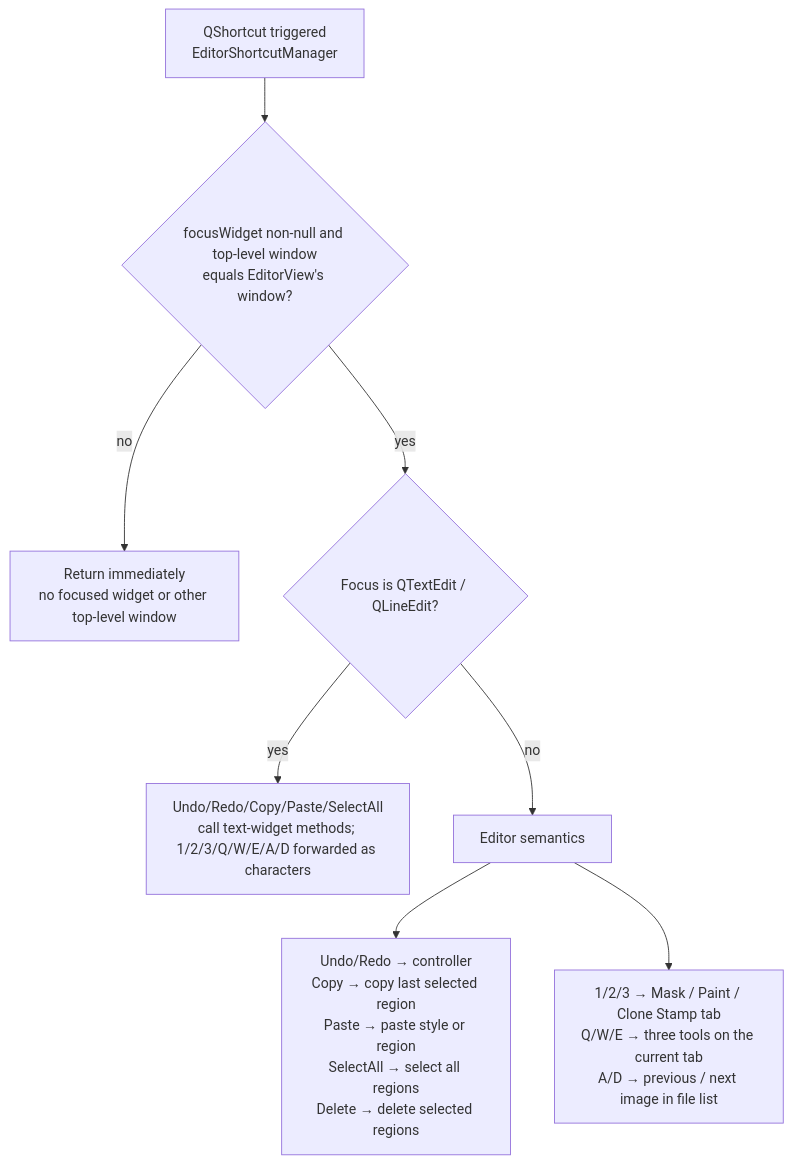
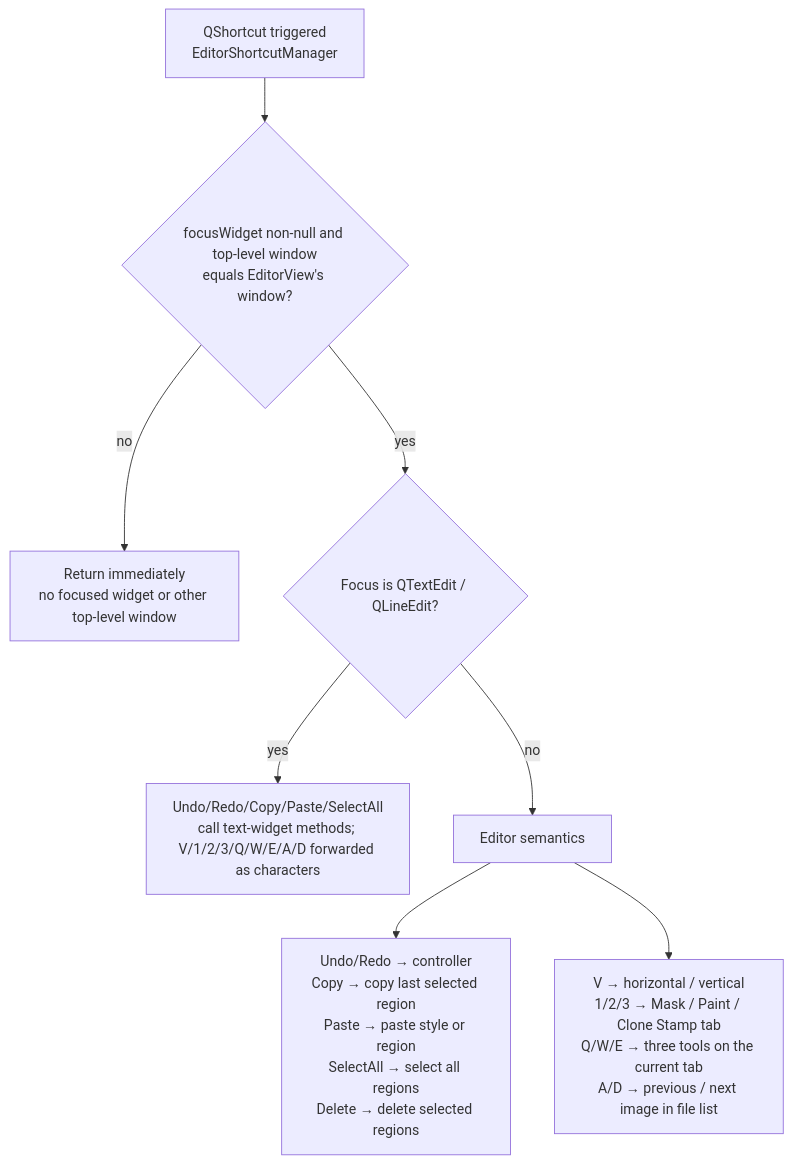
The first of 2 diagrams in doc/wiki/en/desktop/editor/shortcuts.md (hgmzhn/manga-translator-ui), drawn with Mermaid before and after one commit. The commit also changed other lines of this file and 5 other files, not shown here.

````diff
--- a/doc/wiki/en/desktop/editor/shortcuts.md
+++ b/doc/wiki/en/desktop/editor/shortcuts.md
@@ -61,10 +62,10 @@
 ```mermaid
 flowchart TD
     A["QShortcut triggered<br/>EditorShortcutManager"] --> B{"focusWidget non-null and top-level window<br/>equals EditorView's window?"}
     B -->|no| X["Return immediately<br/>no focused widget or other top-level window"]
     B -->|yes| C{"Focus is QTextEdit / QLineEdit?"}
-    C -->|yes| D["Undo/Redo/Copy/Paste/SelectAll<br/>call text-widget methods; 1/2/3/Q/W/E/A/D forwarded as characters"]
+    C -->|yes| D["Undo/Redo/Copy/Paste/SelectAll<br/>call text-widget methods; V/1/2/3/Q/W/E/A/D forwarded as characters"]
     C -->|no| E["Editor semantics"]
     E --> E1["Undo/Redo → controller<br/>Copy → copy last selected region<br/>Paste → paste style or region<br/>SelectAll → select all regions<br/>Delete → delete selected regions"]
-    E --> E2["1/2/3 → Mask / Paint / Clone Stamp tab<br/>Q/W/E → three tools on the current tab<br/>A/D → previous / next image in file list"]
+    E --> E2["V → horizontal / vertical<br/>1/2/3 → Mask / Paint / Clone Stamp tab<br/>Q/W/E → three tools on the current tab<br/>A/D → previous / next image in file list"]
 ```
````
